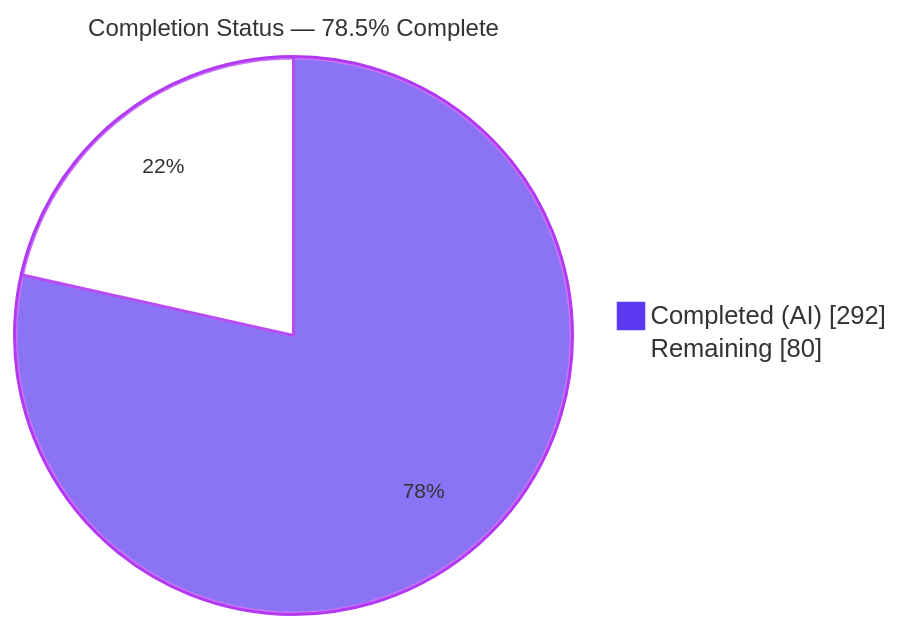
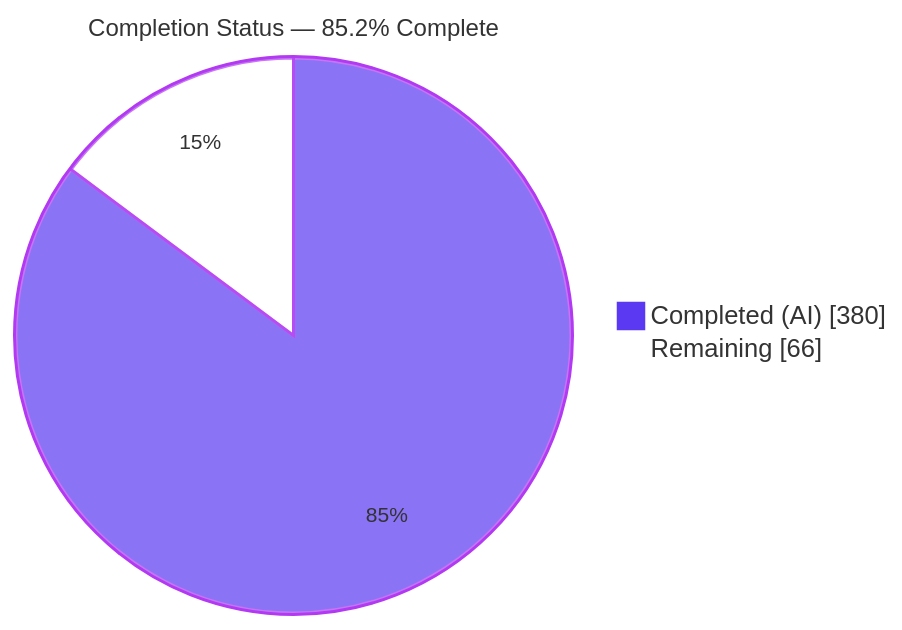
Before and after one commit to blitzy-public-samples/freeswitch: the first of 4 diagrams in blitzy/documentation/Project Guide.md, drawn with Mermaid. The commit also changed other lines of this file and 31 other files, not shown here.

````diff
--- a/blitzy/documentation/Project Guide.md
+++ b/blitzy/documentation/Project Guide.md
@@ -17,6 +20,6 @@
 ```mermaid
 %%{init: {"theme":"base","themeVariables":{"pie1":"#5B39F3","pie2":"#FFFFFF","pieStrokeColor":"#B23AF2","pieStrokeWidth":"2px","pieOuterStrokeColor":"#B23AF2","pieTitleTextSize":"16px","pieSectionTextSize":"14px"}}}%%
-pie showData title Completion Status — 78.5% Complete
-    "Completed (AI)" : 292
-    "Remaining" : 80
+pie showData title Completion Status — 85.2% Complete
+    "Completed (AI)" : 380
+    "Remaining" : 66
 ```
````
